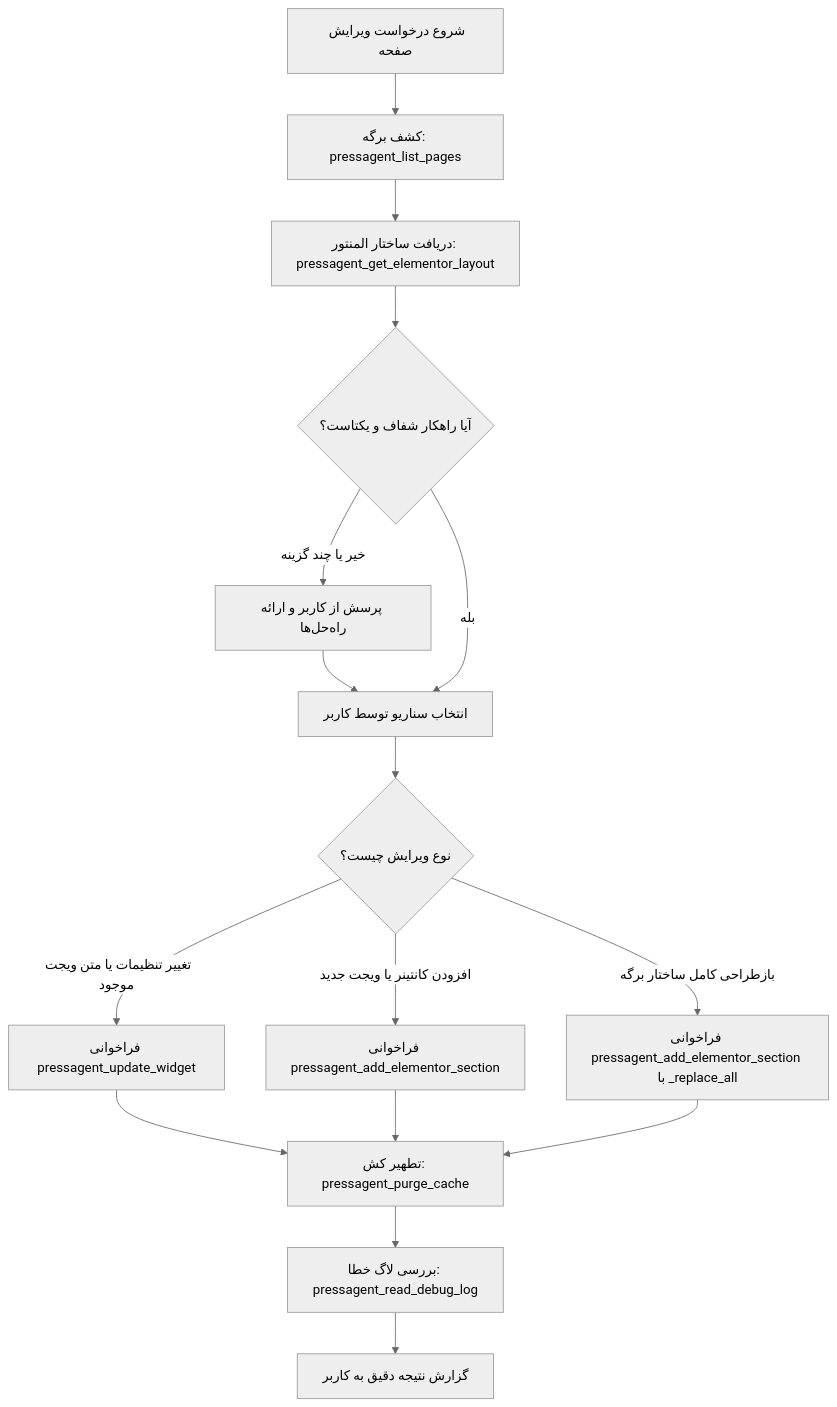
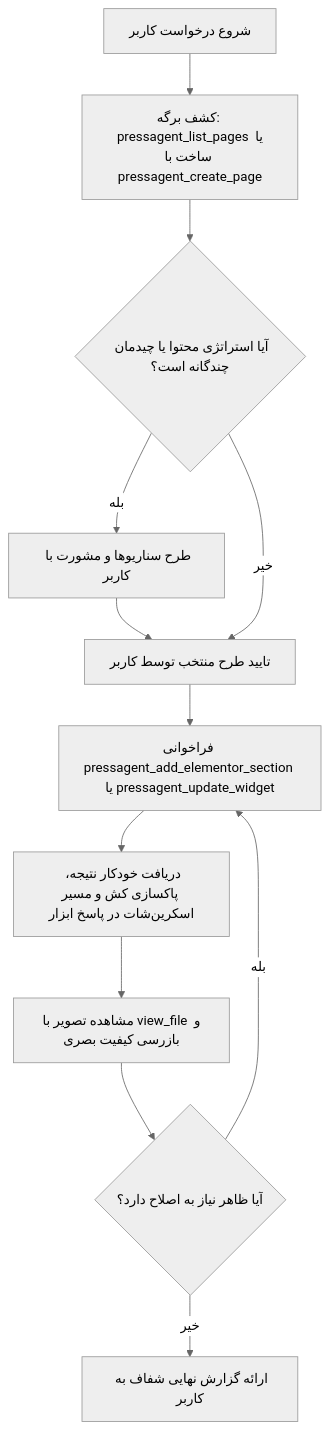
The diagram in skills/pressagent-elementor/SKILL.md (Noctis-Architect/press-agent), drawn with Mermaid (neutral theme) before and after one commit. The commit also changed other lines of this file and 15 other files, not shown here.

First line of the commit message:
feat(elementor): typed token schema, validation, kit endpoint and auto visual QA

````diff
--- a/skills/pressagent-elementor/SKILL.md
+++ b/skills/pressagent-elementor/SKILL.md
@@ -38,18 +18,14 @@
 ```mermaid
 flowchart TD
-    A[شروع درخواست ویرایش صفحه] --> B[کشف برگه: pressagent_list_pages]
-    B --> C[دریافت ساختار المنتور: pressagent_get_elementor_layout]
-    C --> D{آیا راهکار شفاف و یکتاست؟}
-    D -- خیر یا چند گزینه --> E[پرسش از کاربر و ارائه راه‌حل‌ها]
-    E --> F[انتخاب سناریو توسط کاربر]
-    D -- بله --> F
-    F --> G{نوع ویرایش چیست؟}
-    G -- تغییر تنظیمات یا متن ویجت موجود --> H[فراخوانی pressagent_update_widget]
-    G -- افزودن کانتینر یا ویجت جدید --> I[فراخوانی pressagent_add_elementor_section]
-    G -- بازطراحی کامل ساختار برگه --> J[فراخوانی pressagent_add_elementor_section با _replace_all]
-    H --> K[تطهیر کش: pressagent_purge_cache]
-    I --> K
-    J --> K
-    K --> L[بررسی لاگ خطا: pressagent_read_debug_log]
-    L --> M[گزارش نتیجه دقیق به کاربر]
+    A[شروع درخواست کاربر] --> B[کشف برگه: pressagent_list_pages یا ساخت با pressagent_create_page]
+    B --> C{آیا استراتژی محتوا یا چیدمان چندگانه است؟}
+    C -- بله --> D[طرح سناریوها و مشورت با کاربر]
+    D --> E[تایید طرح منتخب توسط کاربر]
+    C -- خیر --> E
+    E --> F[فراخوانی pressagent_add_elementor_section یا pressagent_update_widget]
+    F --> G[دریافت خودکار نتیجه، پاکسازی کش و مسیر اسکرین‌شات در پاسخ ابزار]
+    G --> H[مشاهده تصویر با view_file و بازرسی کیفیت بصری]
+    H --> I{آیا ظاهر نیاز به اصلاح دارد؟}
+    I -- بله --> F
+    I -- خیر --> J[ارائه گزارش نهایی شفاف به کاربر]
 ```
````
